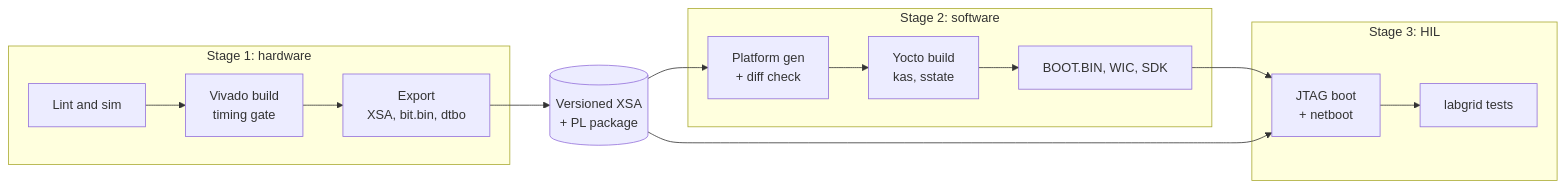
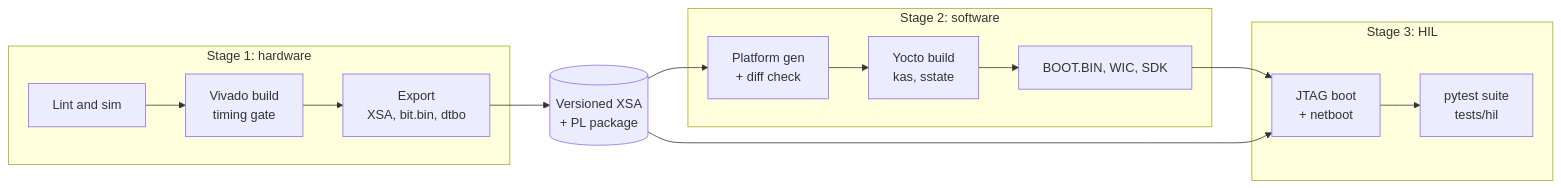
The diagram in README.md (JosueOrtiz-fpga/mpsoc-network-server), drawn with Mermaid before and after one commit. The commit also changed other lines of this file and 8 other files, not shown here.

````diff
--- a/README.md
+++ b/README.md
@@ -245,16 +276,16 @@
 ```mermaid
 flowchart LR
   subgraph S1[Stage 1: hardware]
     A[Lint and sim] --> B[Vivado build<br/>timing gate] --> C[Export<br/>XSA, bit.bin, dtbo]
   end
   C --> X[(Versioned XSA<br/>+ PL package)]
   subgraph S2[Stage 2: software]
     D[Platform gen<br/>+ diff check] --> E[Yocto build<br/>kas, sstate] --> F[BOOT.BIN, WIC, SDK]
   end
   X --> D
   subgraph S3[Stage 3: HIL]
-    G[JTAG boot<br/>+ netboot] --> H[labgrid tests]
+    G[JTAG boot<br/>+ netboot] --> H[pytest suite<br/>tests/hil]
   end
   F --> G
   X --> G
 ```
````
